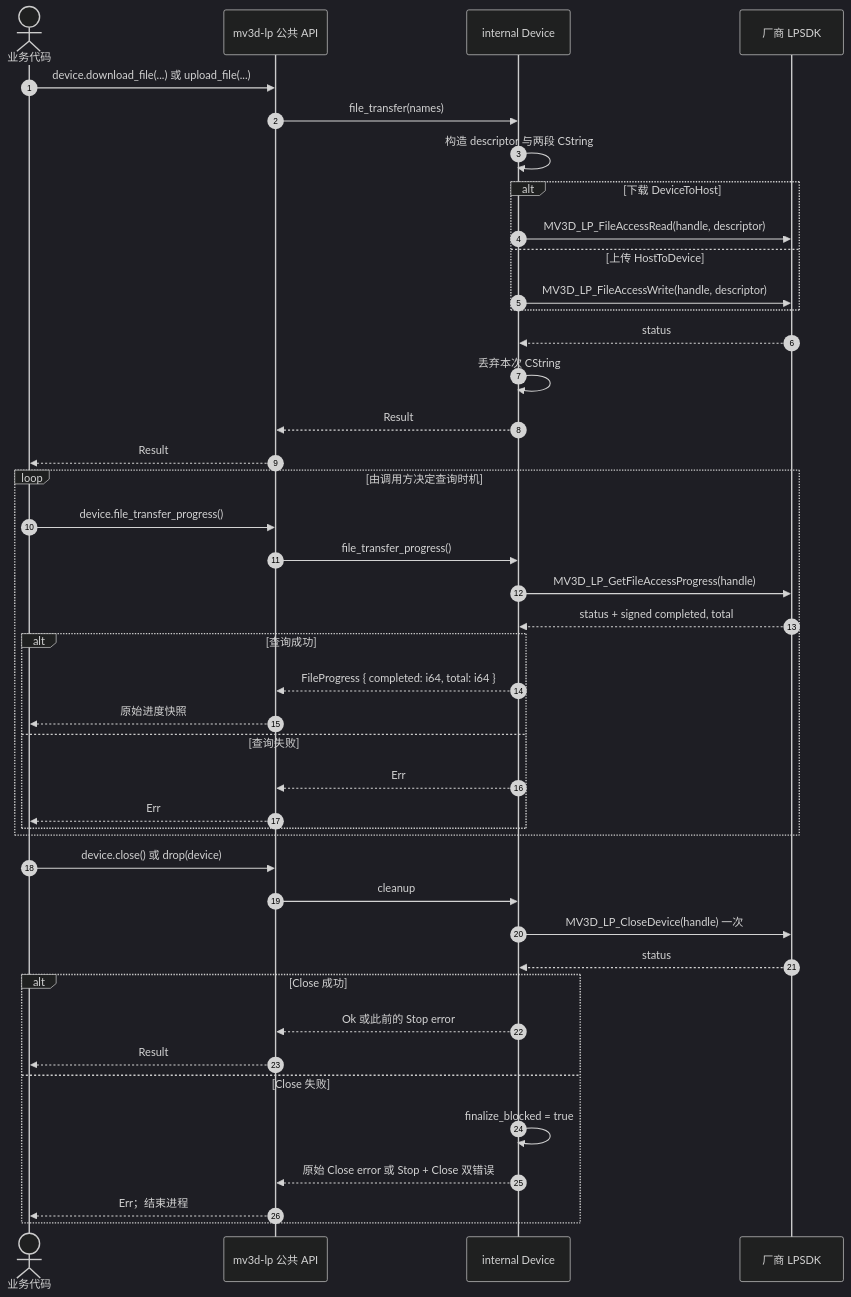
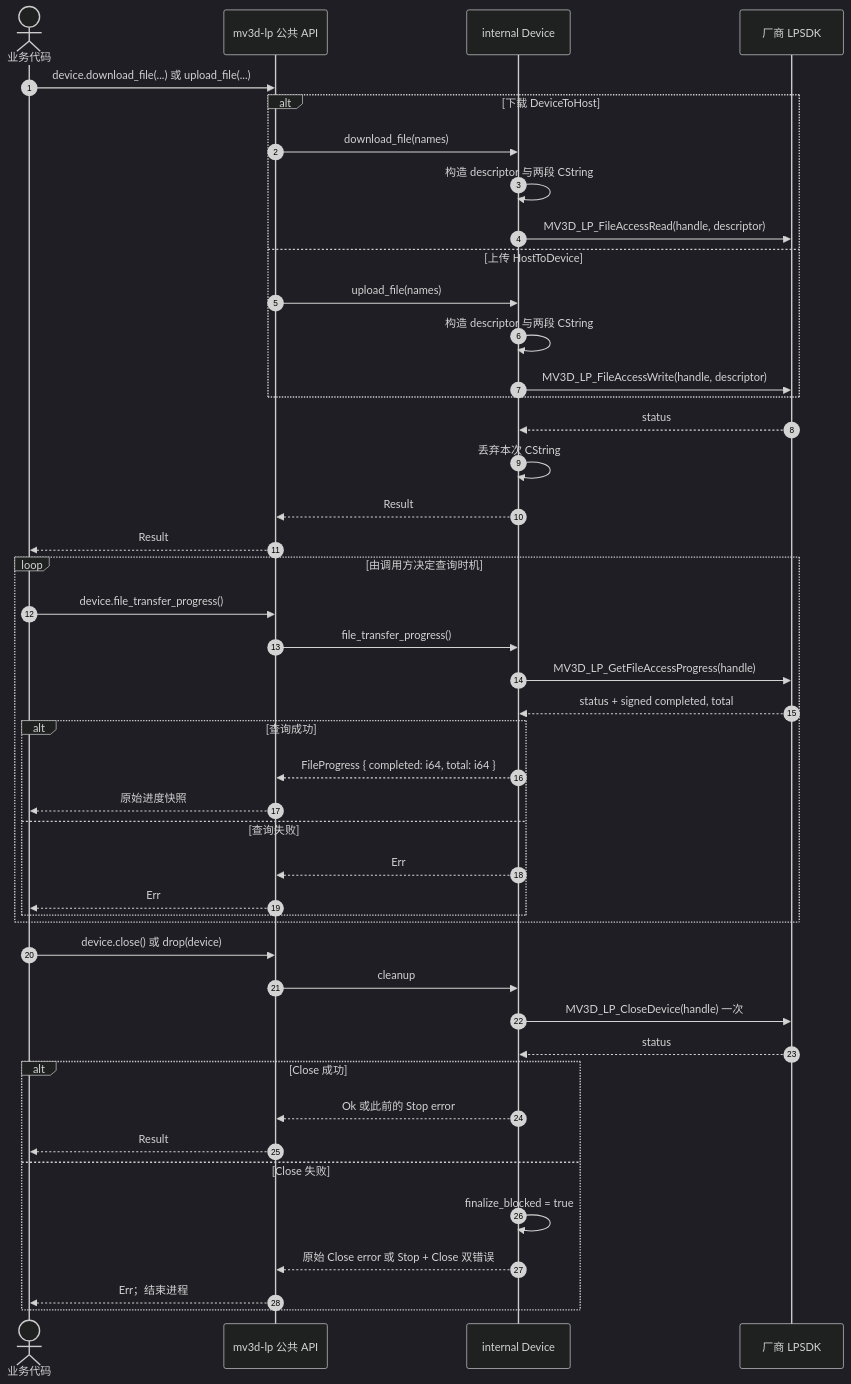
One commit to JSB-Unscarred/3dmvs-sdk-rs changed the diagram in 时序图/文件上传与下载.md. Above: the diagram before and after it, drawn with Mermaid (dark theme). The commit also changed other lines of this file and 17 other files, not shown here.

````diff
--- a/时序图/文件上传与下载.md
+++ b/时序图/文件上传与下载.md
@@ -3,48 +3,50 @@
 ```mermaid
 sequenceDiagram
     autonumber
     actor App as 业务代码
     participant Public as mv3d-lp 公共 API
     participant Device as internal Device
     participant Native as 厂商 LPSDK
 
     App->>Public: device.download_file(...) 或 upload_file(...)
-    Public->>Device: file_transfer(names)
-    Device->>Device: 构造 descriptor 与两段 CString
     alt 下载 DeviceToHost
+        Public->>Device: download_file(names)
+        Device->>Device: 构造 descriptor 与两段 CString
         Device->>Native: MV3D_LP_FileAccessRead(handle, descriptor)
     else 上传 HostToDevice
+        Public->>Device: upload_file(names)
+        Device->>Device: 构造 descriptor 与两段 CString
         Device->>Native: MV3D_LP_FileAccessWrite(handle, descriptor)
     end
     Native-->>Device: status
     Device->>Device: 丢弃本次 CString
     Device-->>Public: Result
     Public-->>App: Result
 
     loop 由调用方决定查询时机
         App->>Public: device.file_transfer_progress()
         Public->>Device: file_transfer_progress()
         Device->>Native: MV3D_LP_GetFileAccessProgress(handle)
         Native-->>Device: status + signed completed, total
         alt 查询成功
             Device-->>Public: FileProgress { completed: i64, total: i64 }
             Public-->>App: 原始进度快照
         else 查询失败
             Device-->>Public: Err
             Public-->>App: Err
         end
     end
 
     App->>Public: device.close() 或 drop(device)
     Public->>Device: cleanup
     Device->>Native: MV3D_LP_CloseDevice(handle) 一次
     Native-->>Device: status
     alt Close 成功
         Device-->>Public: Ok 或此前的 Stop error
         Public-->>App: Result
     else Close 失败
         Device->>Device: finalize_blocked = true
         Device-->>Public: 原始 Close error 或 Stop + Close 双错误
         Public-->>App: Err；结束进程
     end
 ```
````
